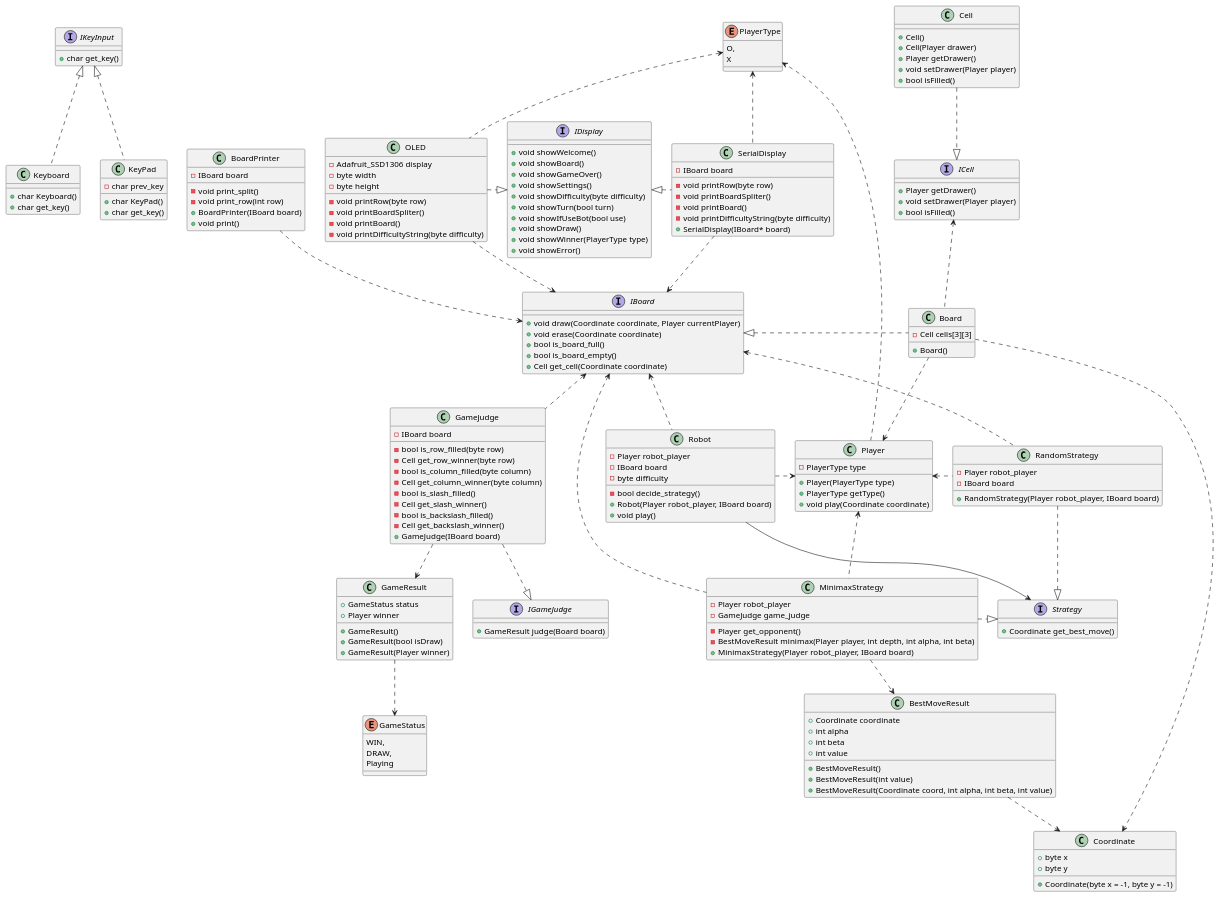
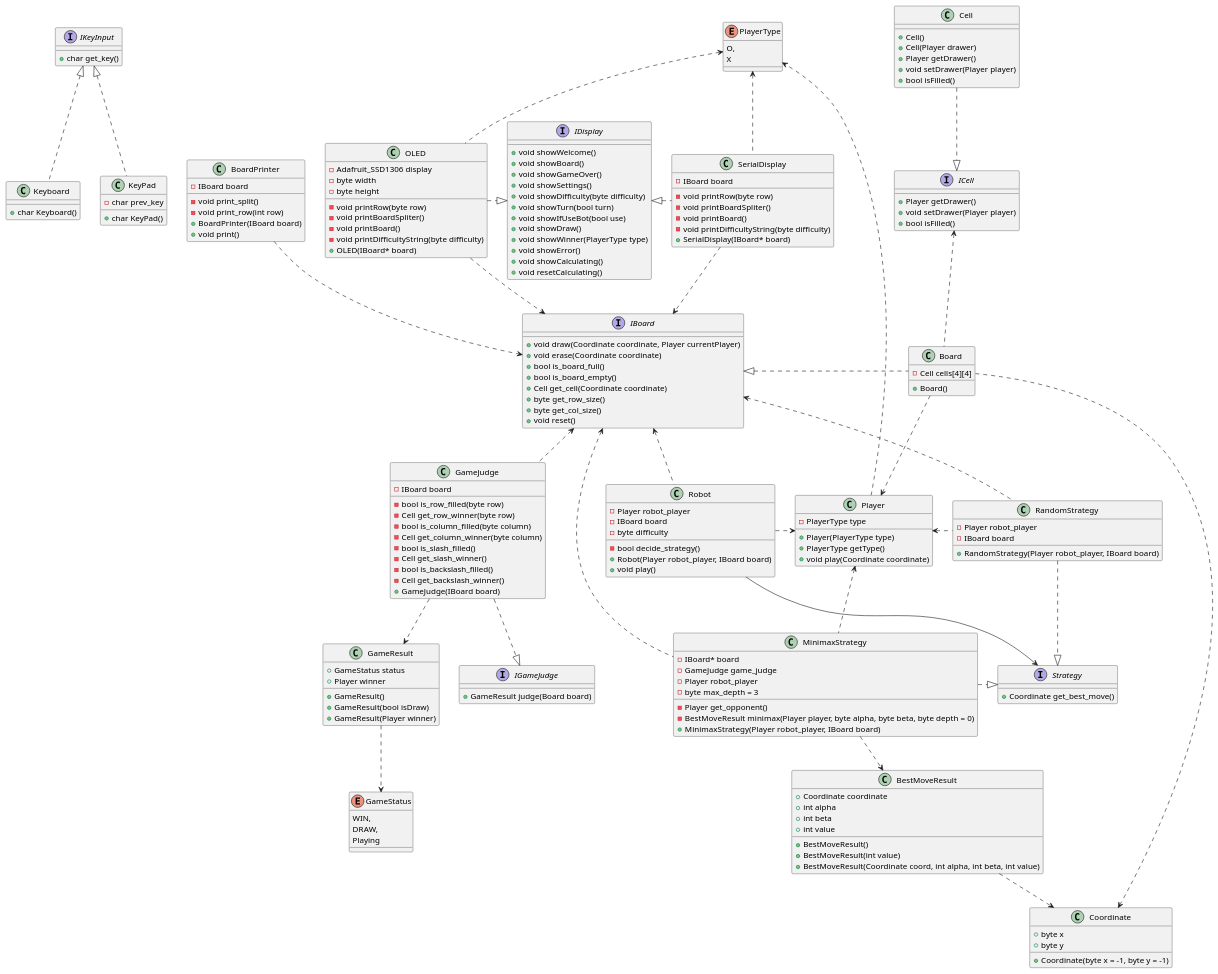
Before and after one commit to WorldOfWheat/Arduino-Finial-Project-OOXX: the diagram in diagrams/class.pu, drawn with PlantUML. The commit also changed 1 other file, not shown here.

Commit message:
Update class diagram

```diff
--- a/diagrams/class.pu
+++ b/diagrams/class.pu
@@ -20,10 +20,13 @@
 	+bool is_board_full()
 	+bool is_board_empty()
 	+Cell get_cell(Coordinate coordinate)
+	+byte get_row_size()
+	+byte get_col_size()
+	+void reset()
 }
 
 class Board {
-	-Cell cells[3][3]
+	-Cell cells[4][4]
 	+Board()
 }
 
@@ -108,10 +111,12 @@
 }
 
 class MinimaxStrategy {
+	-IBoard* board
+	-GameJudge game_judge
 	-Player robot_player
-	-GameJudge game_judge
+	-byte max_depth = 3
 	-Player get_opponent()
-	-BestMoveResult minimax(Player player, int depth, int alpha, int beta)
+	-BestMoveResult minimax(Player player, byte alpha, byte beta, byte depth = 0)
 	+MinimaxStrategy(Player robot_player, IBoard board)
 }
 
@@ -132,6 +137,8 @@
 	+void showDraw()
 	+void showWinner(PlayerType type)
 	+void showError()
+	+void showCalculating()
+	+void resetCalculating()
 }
 
 class SerialDisplay {
@@ -151,6 +158,7 @@
 	-void printBoardSpliter()
 	-void printBoard()
 	-void printDifficultyString(byte difficulty)
+	+OLED(IBoard* board)
 }
 
 interface IKeyInput {
@@ -159,13 +167,11 @@
 
 class Keyboard {
 	+char Keyboard()
-	+char get_key()
 }
 
 class KeyPad {
 	-char prev_key
 	+char KeyPad()
-	+char get_key()
 }
 
 Cell .down.|> ICell
```
